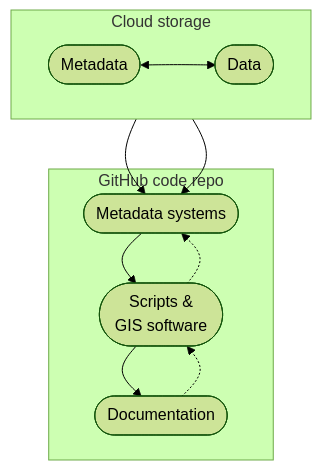
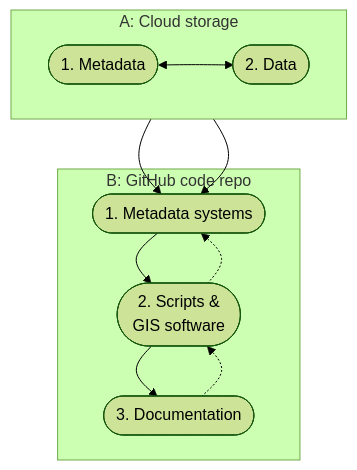
One commit to ekznw/kzn-scp changed the diagram in data.qmd. Above: the diagram before and after it, drawn with Mermaid (forest theme). The commit also changed other lines of this file, not shown here.

Commit message:
Update data flow description: data.qmd and rerender quarto htmls

````diff
--- a/data.qmd
+++ b/data.qmd
@@ -7,34 +16,34 @@
 ```{mermaid}
 %%| label: fig-dataflow
-%%| fig-cap: Data to documentation pipeline overview. Boxes indicate the storage and backup locations of the data and code, in the cloud and on GitHub, respectively.
+%%| fig-cap: Data to documentation pipeline overview. Boxes indicate the storage locations of the data and code, that is, in the cloud and on GitHub, respectively. The principle adopted for data system continuity and interoperability was that code, and other described workflows, must link directly to the data store (A.2 in @fig-dataflow). This would enable re-running of analyses as requried by FAIR data standards.
 %%| fig-align: center
 
 flowchart TD
 
 %% Group 1: cloud storage
 %% === sub node ===
-subgraph G1[Cloud storage]
+subgraph G1[A: Cloud storage]
     direction LR
     %%style G1 fill:#c4d8c282,stroke:#3d573bff,stroke-width:2px
-    d([Metadata])
-    e([Data])
+    d([1. Metadata])
+    e([2. Data])
     d <--> e
 end
 
 %% === main nodes ===
-subgraph G2[GitHub code repo]
+subgraph G2[B: GitHub code repo]
 %%style G2 fill:#80a17d82,stroke:#3d573bff,stroke-width:2px
-a([Metadata systems])
-b([Scripts & <br> GIS software])
-c([Documentation])
+a([1. Metadata systems])
+b([2. Scripts & <br> GIS software])
+c([3. Documentation])
 
 a --> b
 b --> c
 
 b -.-> a
 c -.-> b
 
 d --> a
 e --> a
 end
 ```
````
